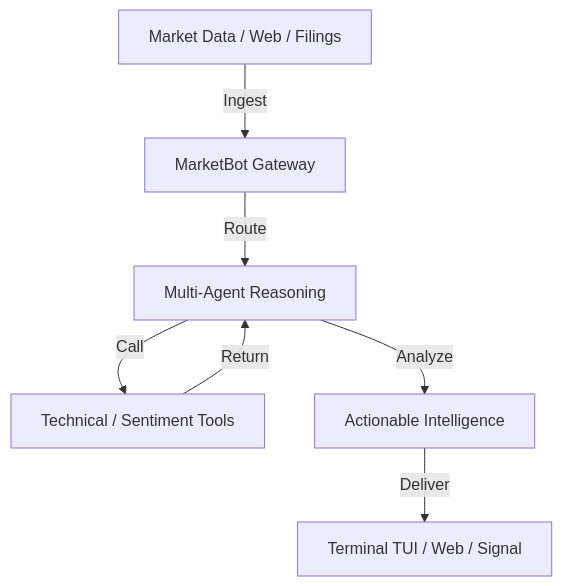
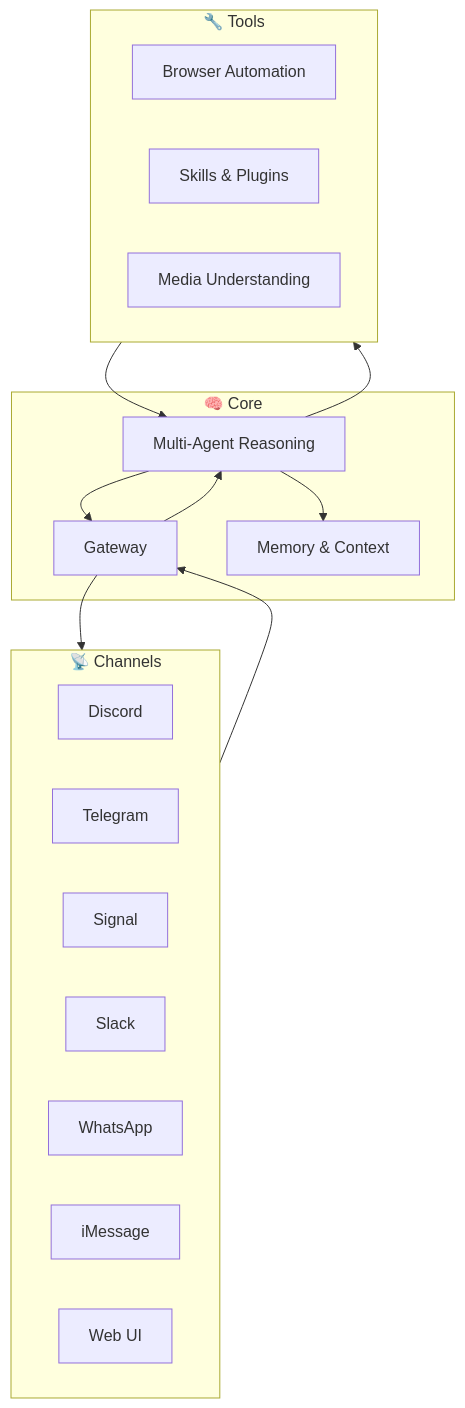
Before and after one commit to EthanAlgoX/MarketBot: the diagram in README.md, drawn with Mermaid. The commit also changed other lines of this file and 1 other file, not shown here.

Commit message:
docs: comprehensive architecture-based README redesign

````diff
--- a/README.md
+++ b/README.md
@@ -36,9 +19,32 @@
 ```mermaid
-graph TD
-    Data[Market Data / Web / Filings] --> |Ingest| Gateway[MarketBot Gateway]
-    Gateway --> |Route| Agent[Multi-Agent Reasoning]
-    Agent --> |Call| Tools[Technical / Sentiment Tools]
-    Tools --> |Return| Agent
-    Agent --> |Analyze| Output[Actionable Intelligence]
-    Output --> |Deliver| UI[Terminal TUI / Web / Signal]
+graph TB
+    subgraph Channels["📡 Channels"]
+        Discord[Discord]
+        Telegram[Telegram]
+        Signal[Signal]
+        Slack[Slack]
+        WhatsApp[WhatsApp]
+        iMessage[iMessage]
+        Web[Web UI]
+    end
+
+    subgraph Core["🧠 Core"]
+        Gateway[Gateway]
+        Agents[Multi-Agent Reasoning]
+        Memory[Memory & Context]
+    end
+
+    subgraph Tools["🔧 Tools"]
+        Browser[Browser Automation]
+        Skills[Skills & Plugins]
+        Media[Media Understanding]
+    end
+
+    Channels --> Gateway
+    Gateway --> Agents
+    Agents --> Memory
+    Agents --> Tools
+    Tools --> Agents
+    Agents --> Gateway
+    Gateway --> Channels
 ```
````
